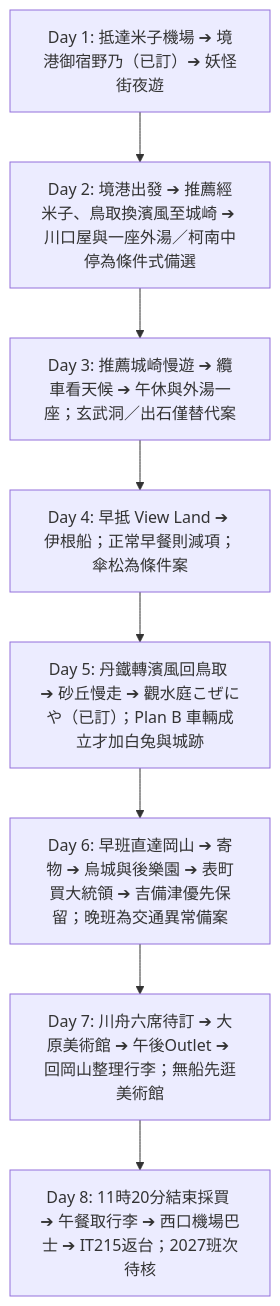
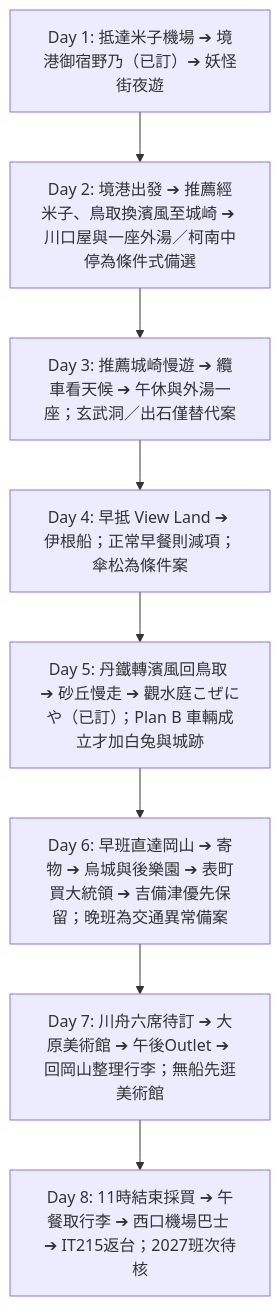
Before and after one commit to iamkeith001/sanin-trip-2027: the diagram in README.md, drawn with Mermaid. The commit also changed other lines of this file and 5 other files, not shown here.

````diff
--- a/README.md
+++ b/README.md
@@ -43,10 +44,10 @@
 ```mermaid
 graph TD
     Day1[Day 1: 抵達米子機場 ➔ 境港御宿野乃（已訂）➔ 妖怪街夜遊] --> Day2[Day 2: 境港出發 ➔ 推薦經米子、鳥取換濱風至城崎 ➔ 川口屋與一座外湯／柯南中停為條件式備選]
     Day2 --> Day3[Day 3: 推薦城崎慢遊 ➔ 纜車看天候 ➔ 午休與外湯一座；玄武洞／出石僅替代案]
     Day3 --> Day4[Day 4: 早抵 View Land ➔ 伊根船；正常早餐則減項；傘松為條件案]
     Day4 --> Day5[Day 5: 丹鐵轉濱風回鳥取 ➔ 砂丘慢走 ➔ 觀水庭こぜにや（已訂）；Plan B 車輛成立才加白兔與城跡]
     Day5 --> Day6[Day 6: 早班直達岡山 ➔ 寄物 ➔ 烏城與後樂園 ➔ 表町買大統領 ➔ 吉備津優先保留；晚班為交通異常備案]
     Day6 --> Day7[Day 7: 川舟六席待訂 ➔ 大原美術館 ➔ 午後Outlet ➔ 回岡山整理行李；無船先逛美術館]
-    Day7 --> Day8[Day 8: 11時20分結束採買 ➔ 午餐取行李 ➔ 西口機場巴士 ➔ IT215返台；2027班次待核]
+    Day7 --> Day8[Day 8: 11時結束採買 ➔ 午餐取行李 ➔ 西口機場巴士 ➔ IT215返台；2027班次待核]
 ```
````
